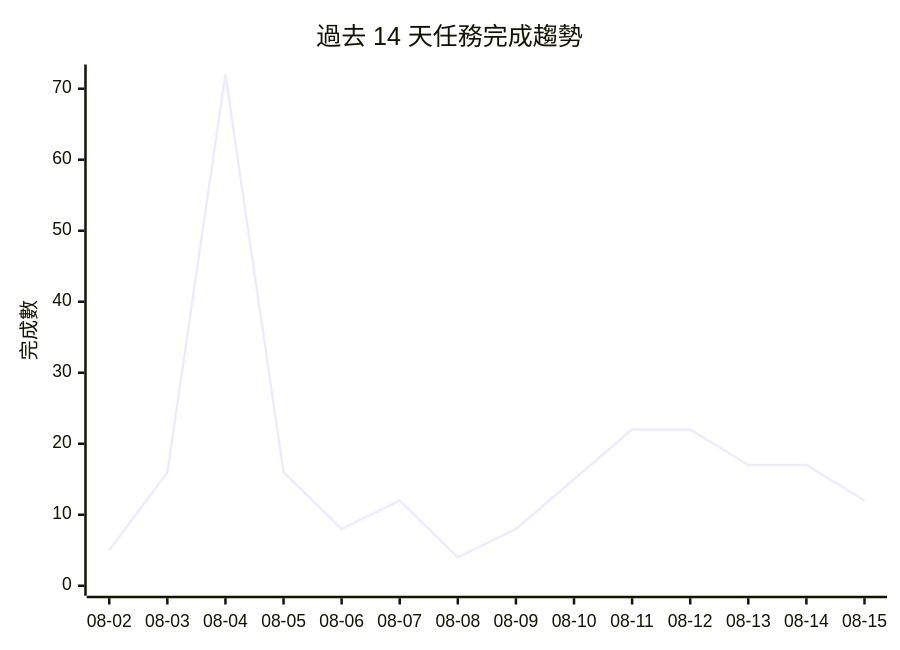
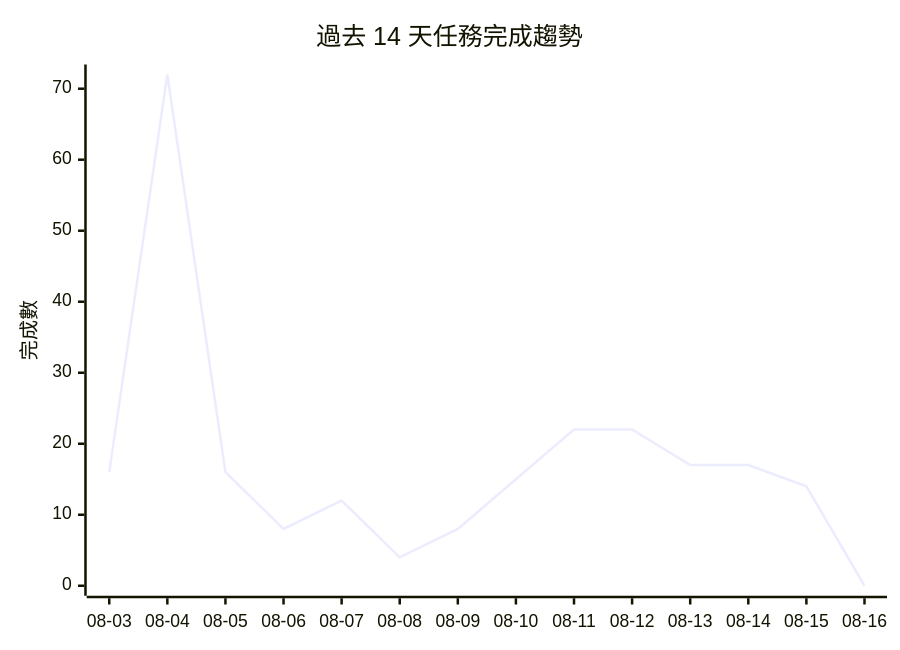
Before and after one commit to gentoobreaking/ai-tasks: the diagram in PROJECTS.md, drawn with Mermaid. The commit also changed other lines of this file and 70 other files, not shown here.

````diff
--- a/PROJECTS.md
+++ b/PROJECTS.md
@@ -149,7 +148,7 @@
 ```mermaid
 xychart-beta
     title "過去 14 天任務完成趨勢"
-    x-axis ["08-02", "08-03", "08-04", "08-05", "08-06", "08-07", "08-08", "08-09", "08-10", "08-11", "08-12", "08-13", "08-14", "08-15"]
+    x-axis ["08-03", "08-04", "08-05", "08-06", "08-07", "08-08", "08-09", "08-10", "08-11", "08-12", "08-13", "08-14", "08-15", "08-16"]
     y-axis "完成數" 0 --> 72
-    line [5, 16, 72, 16, 8, 12, 4, 8, 15, 22, 22, 17, 17, 12]
+    line [16, 72, 16, 8, 12, 4, 8, 15, 22, 22, 17, 17, 14, 0]
 ```
````
